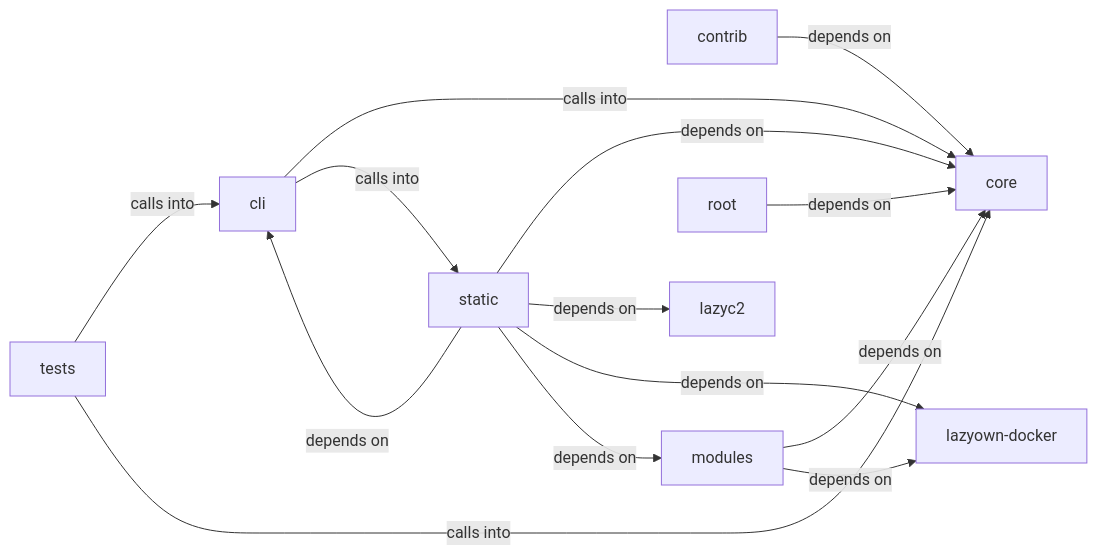
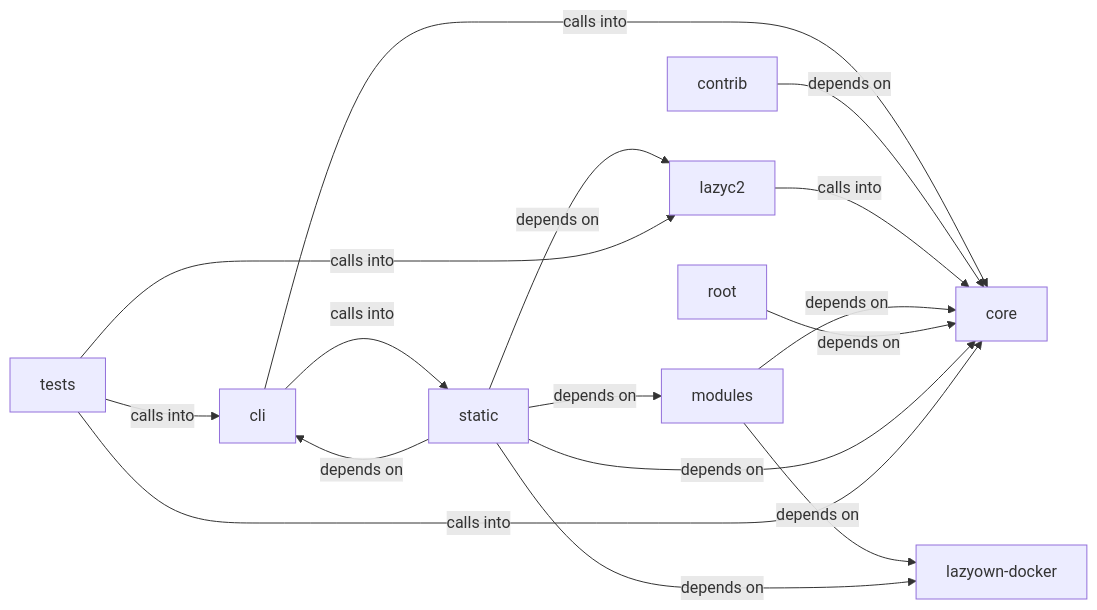
One commit to grisuno/LazyOwn changed the diagram in readmenator-diagrams/static_js.md. Above: the diagram before and after it, drawn with Mermaid. The commit also changed other lines of this file and 258 other files, not shown here.

````diff
--- a/readmenator-diagrams/static_js.md
+++ b/readmenator-diagrams/static_js.md
@@ -5,25 +5,27 @@
 ```mermaid
 graph LR
     cli["cli"]
     contrib["contrib"]
     core["core"]
     lazyc2["lazyc2"]
     lazyown_docker["lazyown-docker"]
     modules["modules"]
     root["root"]
     static["static"]
     tests["tests"]
     cli -- "calls into" --> core
     cli -- "calls into" --> static
     contrib -- "depends on" --> core
+    lazyc2 -- "calls into" --> core
     modules -- "depends on" --> core
     modules -- "depends on" --> lazyown_docker
     root -- "depends on" --> core
     static -- "depends on" --> cli
     static -- "depends on" --> core
     static -- "depends on" --> lazyc2
     static -- "depends on" --> lazyown_docker
     static -- "depends on" --> modules
     tests -- "calls into" --> cli
     tests -- "calls into" --> core
+    tests -- "calls into" --> lazyc2
 ```
````
